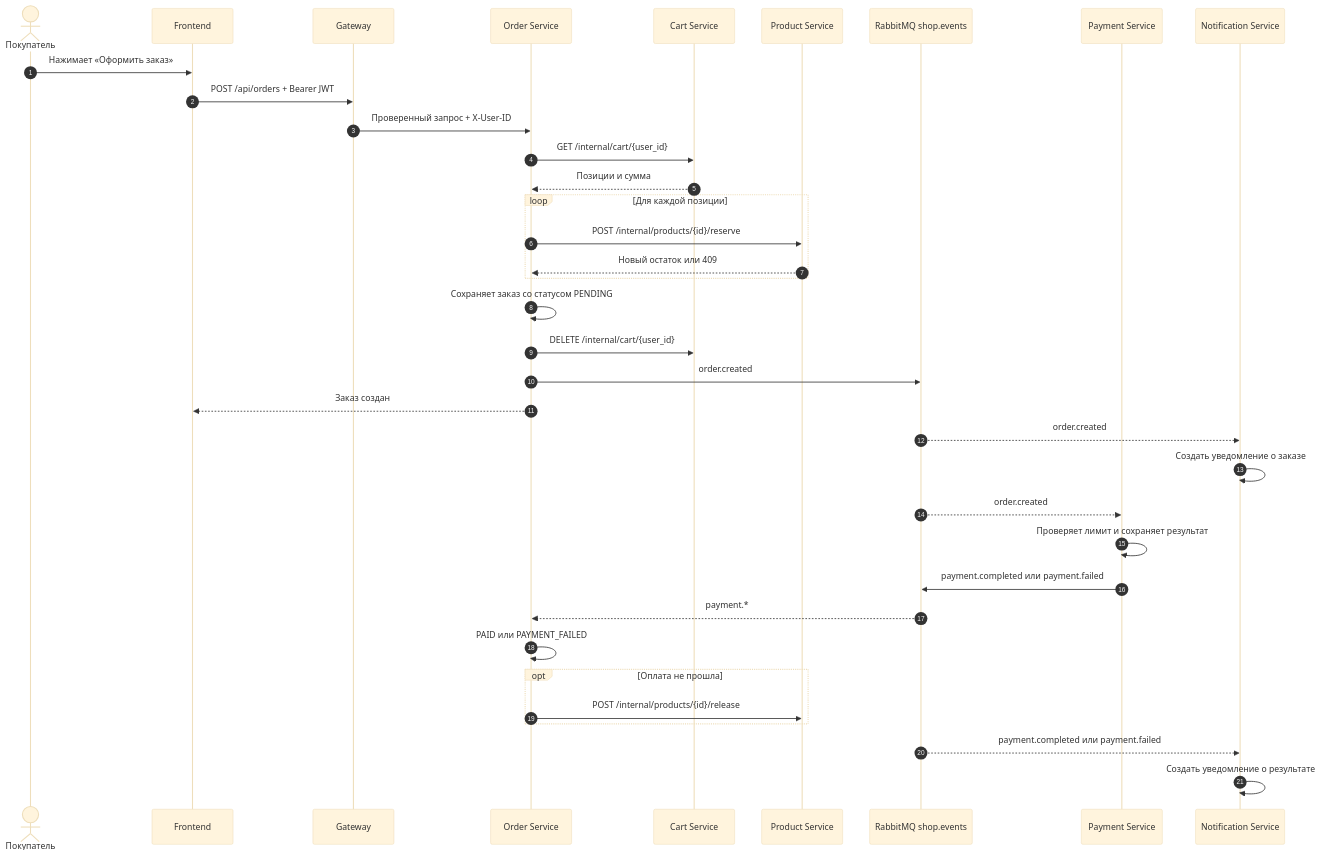
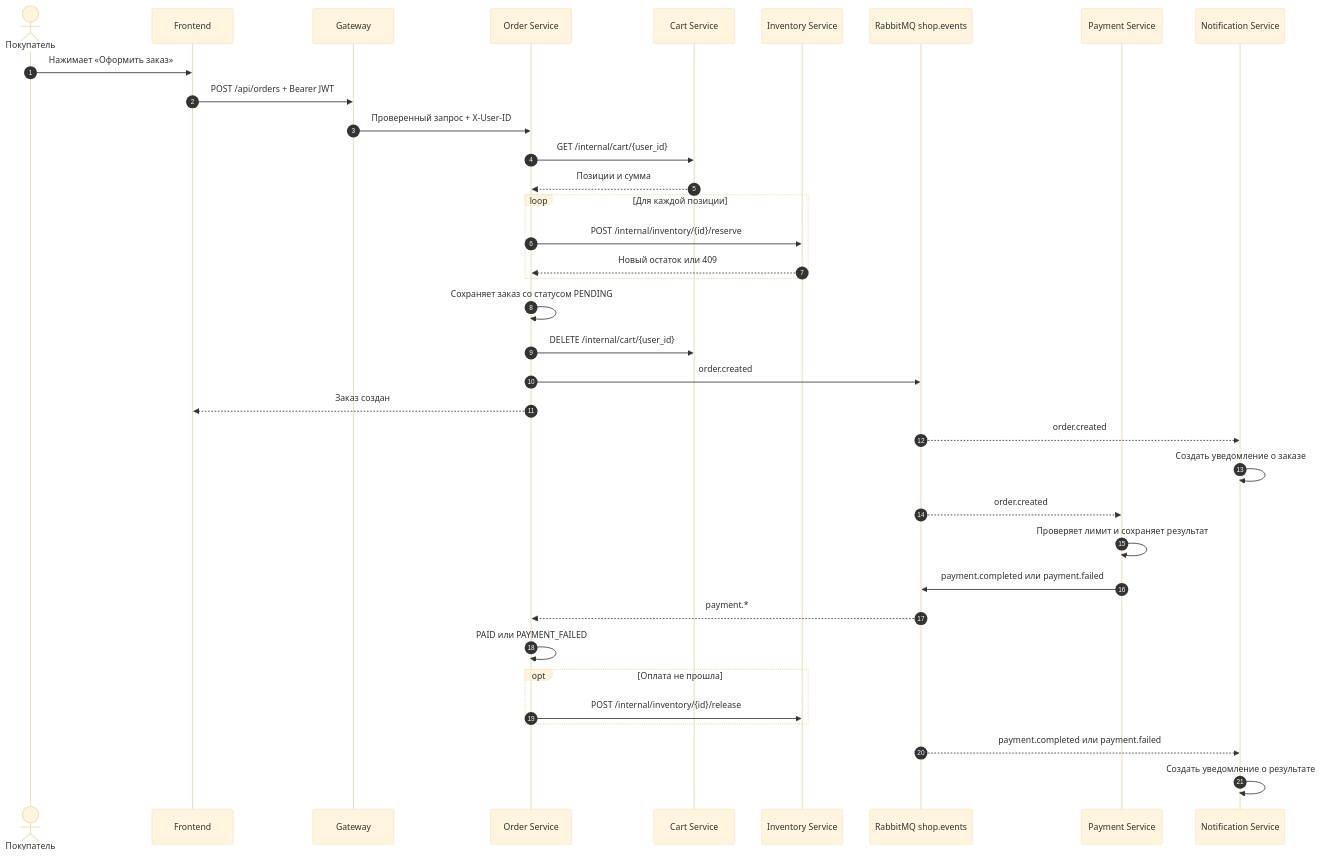
The second of 3 diagrams in README.md (www1ndsr/ecommerce-microservices), drawn with Mermaid (base theme) before and after one commit. The commit also changed other lines of this file and 75 other files, not shown here.

````diff
--- a/README.md
+++ b/README.md
@@ -620,39 +666,39 @@
 ```mermaid
 sequenceDiagram
     autonumber
     actor Buyer as Покупатель
     participant FE as Frontend
     participant GW as Gateway
     participant Order as Order Service
     participant Cart as Cart Service
-    participant Product as Product Service
+    participant Inventory as Inventory Service
     participant MQ as RabbitMQ shop.events
     participant Payment as Payment Service
     participant Notify as Notification Service
 
     Buyer->>FE: Нажимает «Оформить заказ»
     FE->>GW: POST /api/orders + Bearer JWT
     GW->>Order: Проверенный запрос + X-User-ID
     Order->>Cart: GET /internal/cart/{user_id}
     Cart-->>Order: Позиции и сумма
     loop Для каждой позиции
-        Order->>Product: POST /internal/products/{id}/reserve
-        Product-->>Order: Новый остаток или 409
+        Order->>Inventory: POST /internal/inventory/{id}/reserve
+        Inventory-->>Order: Новый остаток или 409
     end
     Order->>Order: Сохраняет заказ со статусом PENDING
     Order->>Cart: DELETE /internal/cart/{user_id}
     Order->>MQ: order.created
     Order-->>FE: Заказ создан
     MQ-->>Notify: order.created
     Notify->>Notify: Создать уведомление о заказе
     MQ-->>Payment: order.created
     Payment->>Payment: Проверяет лимит и сохраняет результат
     Payment->>MQ: payment.completed или payment.failed
     MQ-->>Order: payment.*
     Order->>Order: PAID или PAYMENT_FAILED
     opt Оплата не прошла
-        Order->>Product: POST /internal/products/{id}/release
+        Order->>Inventory: POST /internal/inventory/{id}/release
     end
     MQ-->>Notify: payment.completed или payment.failed
     Notify->>Notify: Создать уведомление о результате
 ```
````
